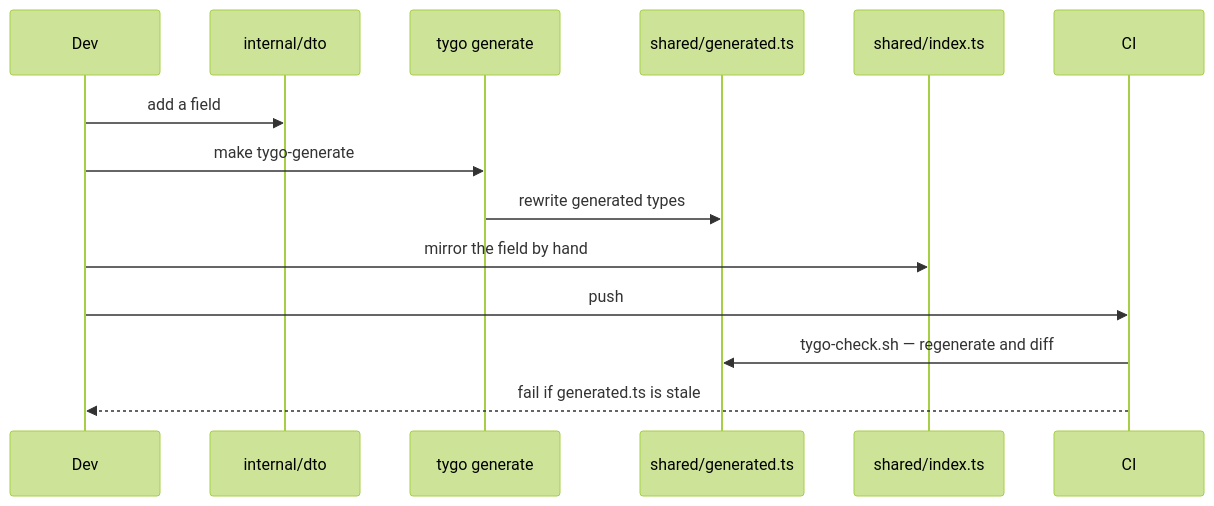
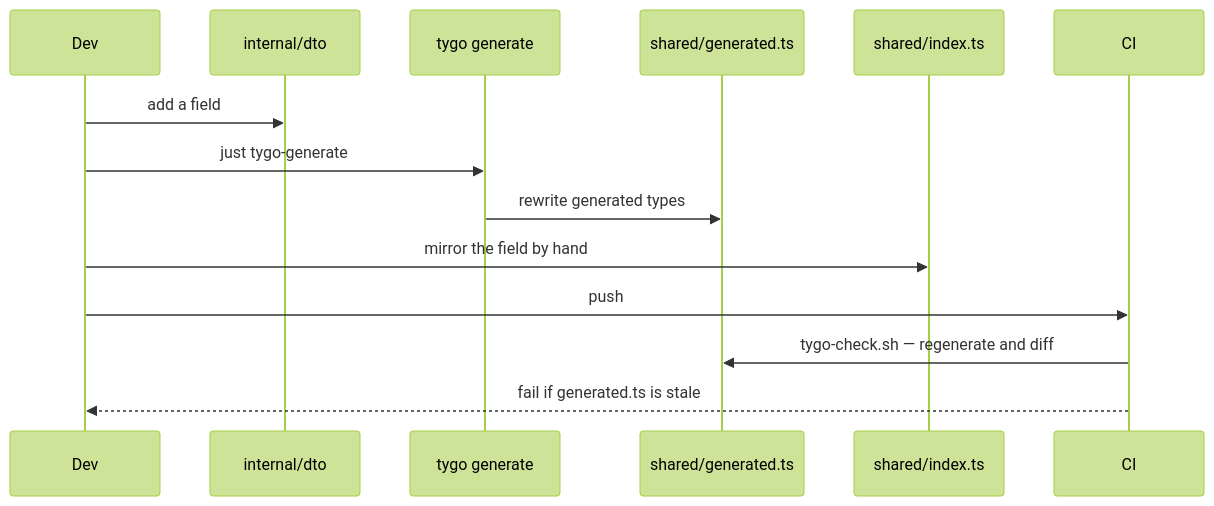
One commit to nonamecat19/job-finder changed the second of 4 diagrams in docs/docs/principles/domain-modeling.md. Above: the diagram before and after it, drawn with Mermaid (forest theme). The commit also changed 26 other files, not shown here.

````diff
--- a/docs/docs/principles/domain-modeling.md
+++ b/docs/docs/principles/domain-modeling.md
@@ -73,16 +73,16 @@
 ```mermaid
 sequenceDiagram
     participant Dev
     participant DTO as internal/dto
     participant Tygo as tygo generate
     participant Gen as shared/generated.ts
     participant Idx as shared/index.ts
     participant CI
     Dev->>DTO: add a field
-    Dev->>Tygo: make tygo-generate
+    Dev->>Tygo: just tygo-generate
     Tygo->>Gen: rewrite generated types
     Dev->>Idx: mirror the field by hand
     Dev->>CI: push
     CI->>Gen: tygo-check.sh — regenerate and diff
     CI-->>Dev: fail if generated.ts is stale
 ```
````
